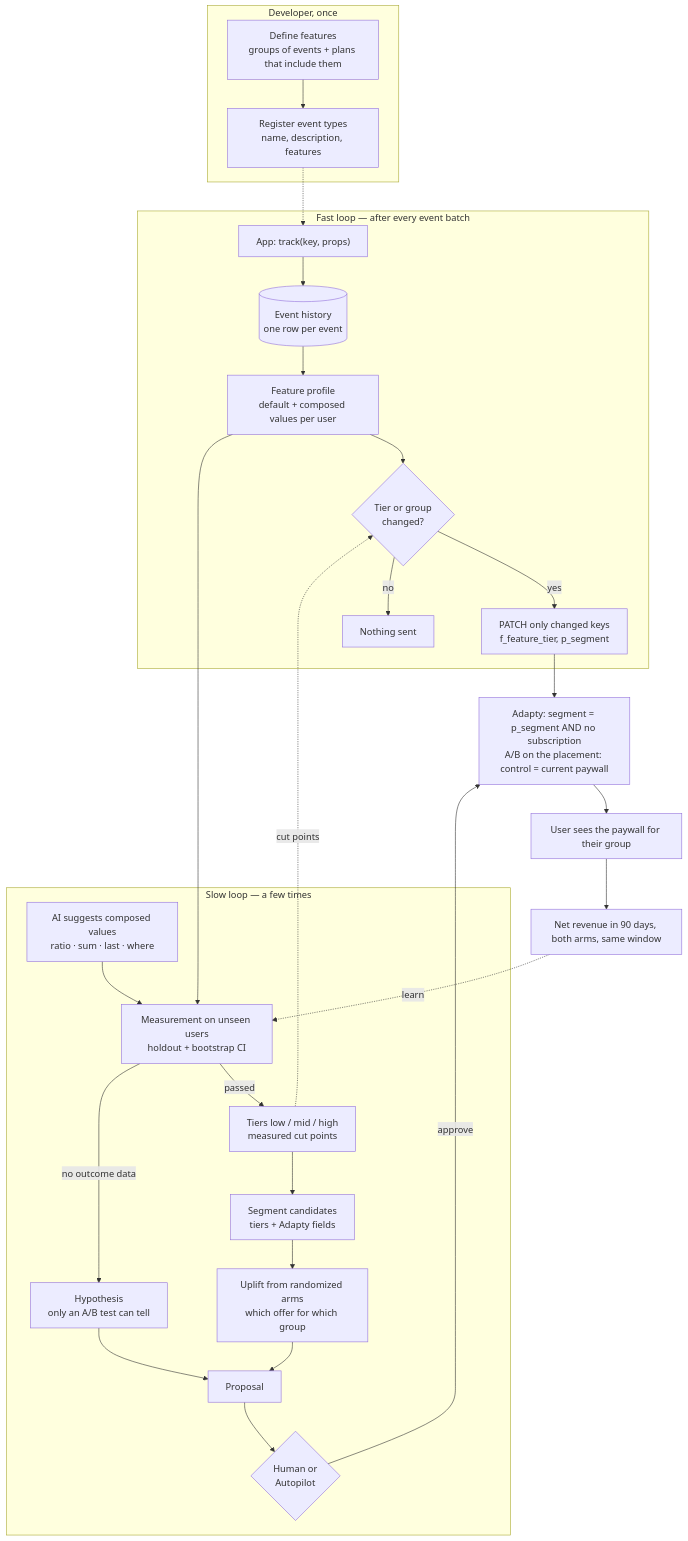
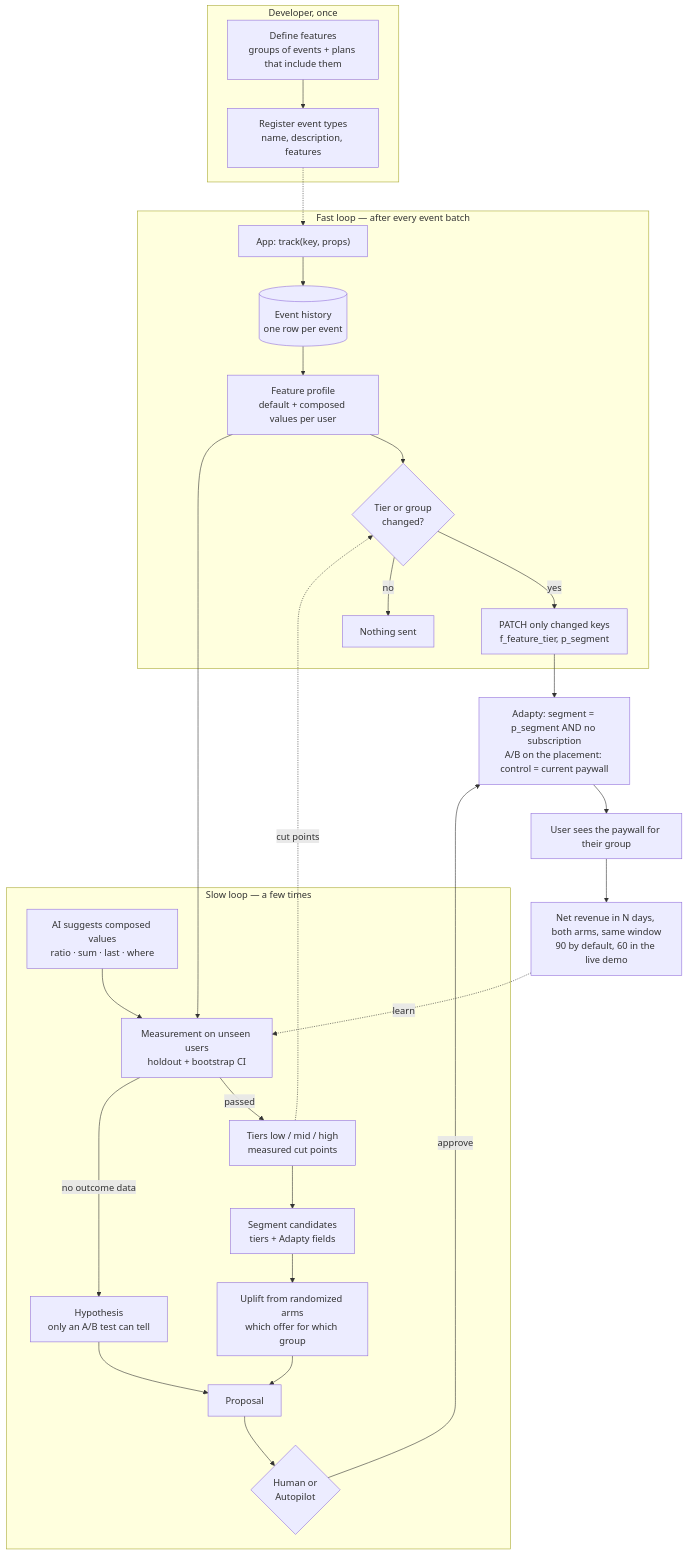
The diagram in docs/diagrams/flow.md (NikolaD01/adapty-hackaton), drawn with Mermaid before and after one commit. The commit also changed 39 other files, not shown here.

First line of the commit message:
feat(brain): wire b at startup, 60-day demo window, tier and segment key fixes (#38)

````diff
--- a/docs/diagrams/flow.md
+++ b/docs/diagrams/flow.md
@@ -6,36 +6,36 @@
 ```mermaid
 flowchart TD
     subgraph DEV["Developer, once"]
         F["Define features<br/>groups of events + plans that include them"]
         E["Register event types<br/>name, description, features"]
         F --> E
     end
 
     subgraph FAST["Fast loop — after every event batch"]
         T["App: track(key, props)"] --> H[("Event history<br/>one row per event")]
         H --> V["Feature profile<br/>default + composed values per user"]
         V --> M{"Tier or group<br/>changed?"}
         M -- yes --> W["PATCH only changed keys<br/>f_feature_tier, p_segment"]
         M -- no --> N["Nothing sent"]
     end
 
     subgraph SLOW["Slow loop — a few times"]
         AI["AI suggests composed values<br/>ratio · sum · last · where"] --> MEAS["Measurement on unseen users<br/>holdout + bootstrap CI"]
         MEAS -- passed --> TIER["Tiers low / mid / high<br/>measured cut points"]
         MEAS -- "no outcome data" --> HYP["Hypothesis<br/>only an A/B test can tell"]
         TIER --> SEGC["Segment candidates<br/>tiers + Adapty fields"]
         SEGC --> UP["Uplift from randomized arms<br/>which offer for which group"]
         UP --> PR["Proposal"]
         HYP --> PR
         PR --> MODE{"Human or<br/>Autopilot"}
     end
 
     E -.-> T
     V --> MEAS
     TIER -. "cut points" .-> M
     MODE -- "approve" --> ACT["Adapty: segment = p_segment AND no subscription<br/>A/B on the placement: control = current paywall"]
     W --> ACT
     ACT --> PW["User sees the paywall for their group"]
-    PW --> RES["Net revenue in 90 days, both arms, same window"]
+    PW --> RES["Net revenue in N days, both arms, same window<br/>90 by default, 60 in the live demo"]
     RES -. "learn" .-> MEAS
 ```
````
